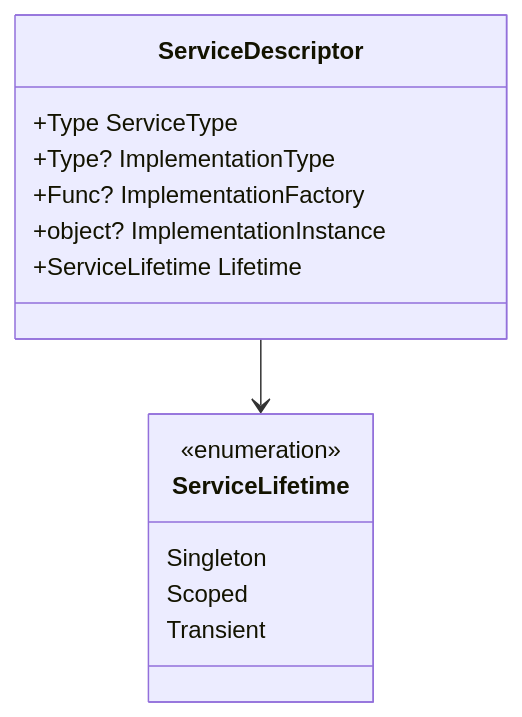
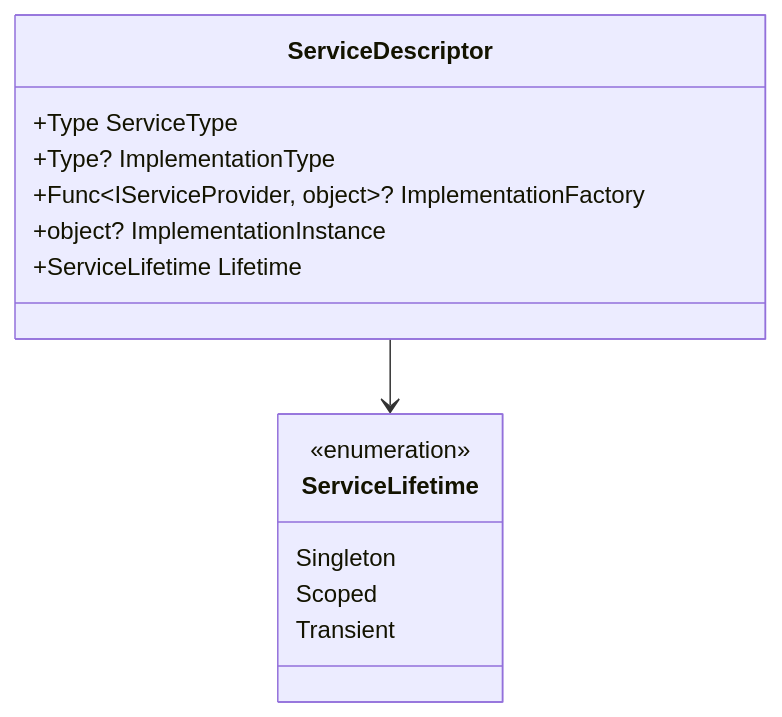
The sixth of 8 diagrams in src/content/posts/aspnet-core-01-runtime-and-pipeline.md (Meteor-Comet/Meteor-Comet.github.io), drawn with Mermaid before and after one commit. The commit also changed 8 other files, not shown here.

Commit message:
docs(posts): 深度重构 Avalonia MVVM 与 ReactiveUI 全景指南，并完善站点图表渲染支持

````diff
--- a/src/content/posts/aspnet-core-01-runtime-and-pipeline.md
+++ b/src/content/posts/aspnet-core-01-runtime-and-pipeline.md
@@ -423,17 +423,17 @@
 ```mermaid
 classDiagram
     class ServiceDescriptor {
         +Type ServiceType
         +Type? ImplementationType
-        +Func<IServiceProvider, object>? ImplementationFactory
+        +Func~IServiceProvider, object~? ImplementationFactory
         +object? ImplementationInstance
         +ServiceLifetime Lifetime
     }
     class ServiceLifetime {
         <<enumeration>>
         Singleton
         Scoped
         Transient
     }
     ServiceDescriptor --> ServiceLifetime
 ```
````
